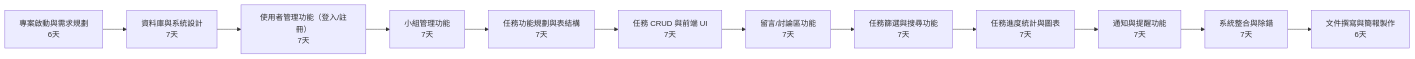
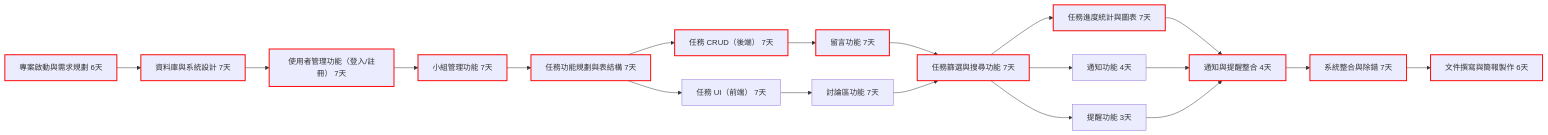
The second of 3 diagrams in schedule.md (zhuang147/Task-Management), drawn with Mermaid before and after one commit.

````diff
--- a/schedule.md
+++ b/schedule.md
@@ -62,14 +62,35 @@
 ```mermaid
-flowchart LR
-    A1[專案啟動與需求規劃<br>6天] --> A2[資料庫與系統設計<br>7天]
-    A2 --> B1[使用者管理功能（登入/註冊）<br>7天]
-    B1 --> B2[小組管理功能<br>7天]
-    B2 --> C1[任務功能規劃與表結構<br>7天]
-    C1 --> C2[任務 CRUD 與前端 UI<br>7天]
-    C2 --> C3[留言/討論區功能<br>7天]
-    C3 --> D1[任務篩選與搜尋功能<br>7天]
-    D1 --> D2[任務進度統計與圖表<br>7天]
-    D2 --> D3[通知與提醒功能<br>7天]
-    D3 --> E1[系統整合與除錯<br>7天]
-    E1 --> E2[文件撰寫與簡報製作<br>6天]
+graph LR
+    %% 階段一
+    A1[專案啟動與需求規劃 6天] --> A2[資料庫與系統設計 7天]
+
+    %% 階段二
+    A2 --> B1[使用者管理功能（登入/註冊） 7天]
+    B1 --> B2[小組管理功能 7天]
+
+    %% 階段三
+    B2 --> C1[任務功能規劃與表結構 7天]
+    C1 --> C2a[任務 CRUD（後端） 7天]
+    C1 --> C2b[任務 UI（前端） 7天]
+    C2a --> C3a[留言功能 7天]
+    C2b --> C3b[討論區功能 7天]
+
+    %% 階段四
+    C3a --> D1[任務篩選與搜尋功能 7天]
+    C3b --> D1
+    D1 --> D2[任務進度統計與圖表 7天]
+    D1 --> D3a[通知功能 4天]
+    D1 --> D3b[提醒功能 3天]
+    D2 --> D3c[通知與提醒整合 4天]
+    D3a --> D3c
+    D3b --> D3c
+
+    %% 階段五
+    D3c --> E1[系統整合與除錯 7天]
+    E1 --> E2[文件撰寫與簡報製作 6天]
+
+    %% 關鍵路徑（紅色粗線）
+    classDef criticalPath stroke:#f00,stroke-width:2px;
+    class A1,A2,B1,B2,C1,C2a,C3a,D1,D2,D3c,E1,E2 criticalPath;
+
 ```
````
